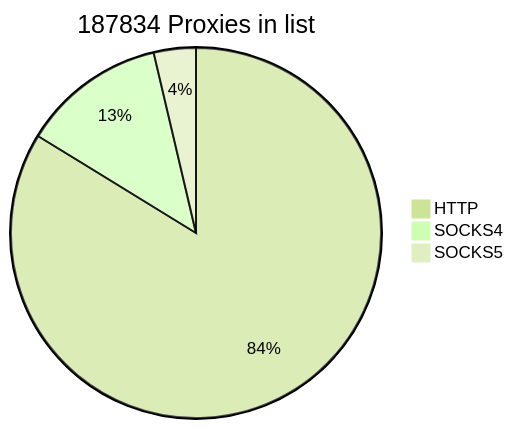
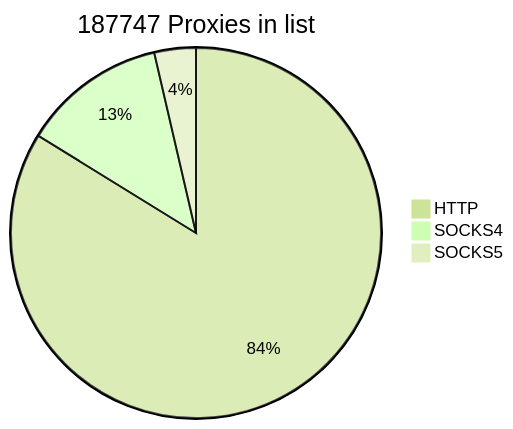
One commit to cutipu/proxylist changed the first of 2 diagrams in README.md. Above: the diagram before and after it, drawn with Mermaid (forest theme). The commit also changed other lines of this file, not shown here.

````diff
--- a/README.md
+++ b/README.md
@@ -2,7 +2,7 @@
 ```mermaid
-pie title 187834 Proxies in list
+pie title 187747 Proxies in list
     "HTTP" : 157330
     "SOCKS4" : 23609
-    "SOCKS5" : 6895
+    "SOCKS5" : 6808
             
 ```
````
